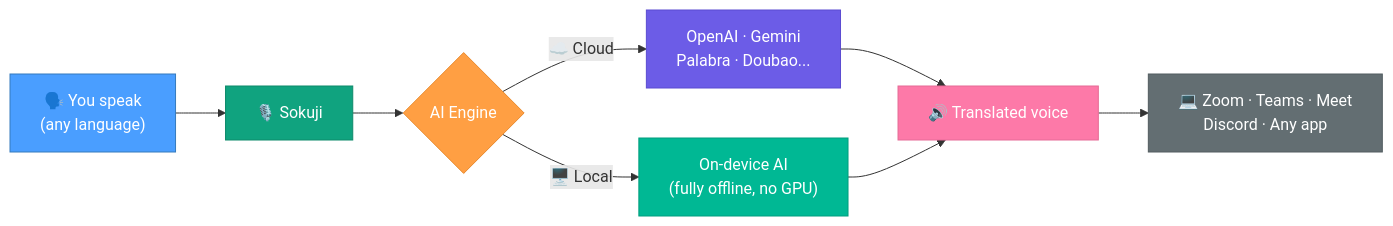
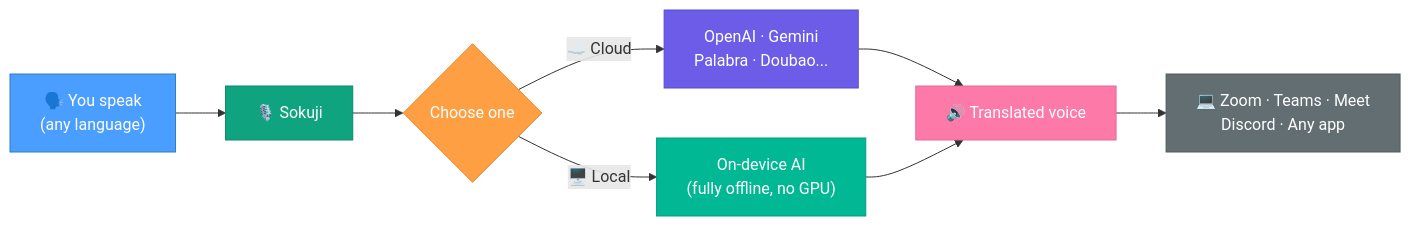
The diagram in README.md (kizuna-ai-lab/sokuji), drawn with Mermaid before and after one commit.

Commit message:
docs: clarify AI engine choice in Mermaid diagram
Change the diamond node from "AI Engine" to "Choose one" to make it
clear that Cloud and Local are two mutually exclusive options.

````diff
--- a/README.md
+++ b/README.md
@@ -37,18 +37,18 @@
 ```mermaid
 graph LR
     A["🗣️ You speak<br/>(any language)"] --> B["🎙️ Sokuji"]
-    B --> C{"AI Engine"}
+    B --> C{"Choose one"}
     C -->|"☁️ Cloud"| D["OpenAI · Gemini<br/>Palabra · Doubao..."]
     C -->|"🖥️ Local"| E["On-device AI<br/>(fully offline, no GPU)"]
     D --> F["🔊 Translated voice"]
     E --> F
     F --> G["💻 Zoom · Teams · Meet<br/>Discord · Any app"]
 
     style A fill:#4a9eff,stroke:#357abd,color:#fff
     style B fill:#10a37f,stroke:#0d8a6a,color:#fff
     style C fill:#ff9f43,stroke:#e88a2e,color:#fff
     style D fill:#6c5ce7,stroke:#5a4bd1,color:#fff
     style E fill:#00b894,stroke:#009d7e,color:#fff
     style F fill:#fd79a8,stroke:#e56b96,color:#fff
     style G fill:#636e72,stroke:#525c60,color:#fff
 ```
````
